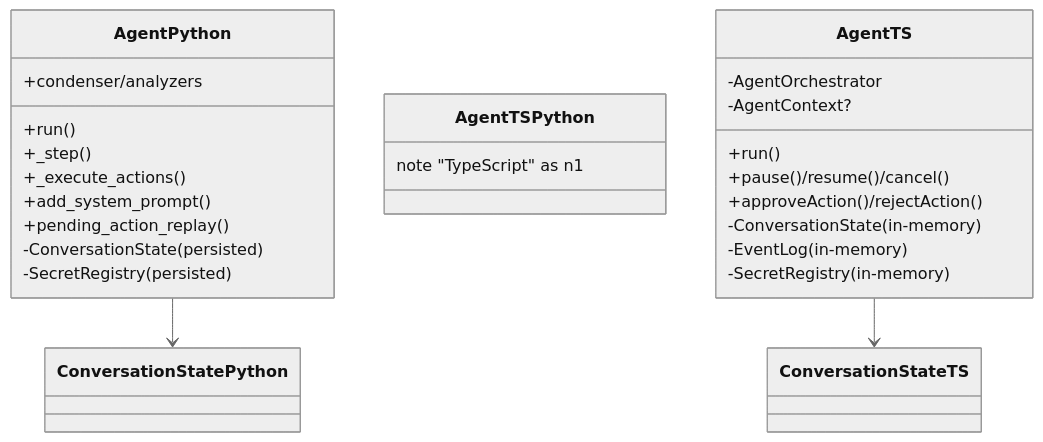
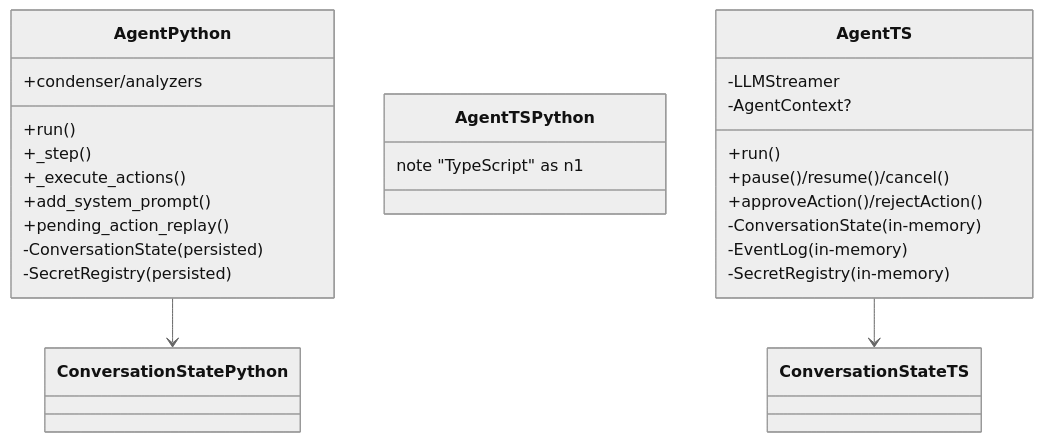
One commit to enyst/OpenHands-Tab changed the third of 5 diagrams in packages/agent-sdk-ts/docs/python-parity.md. Above: the diagram before and after it, drawn with Mermaid (neutral theme). The commit also changed other lines of this file and 4 other files, not shown here.

First line of the commit message:
docs: rename AgentOrchestrator to LLMStreamer in docs and comments

````diff
--- a/packages/agent-sdk-ts/docs/python-parity.md
+++ b/packages/agent-sdk-ts/docs/python-parity.md
@@ -425,28 +425,28 @@
 ```mermaid
 classDiagram
     class AgentPython {
       +run()
       +_step()
       +_execute_actions()
       +add_system_prompt()
       +condenser/analyzers
       +pending_action_replay()
       -ConversationState (persisted)
       -SecretRegistry (persisted)
     }
     class AgentTSPython {
       note "TypeScript" as n1
     }
     class AgentTS {
       +run()
       +pause()/resume()/cancel()
       +approveAction()/rejectAction()
-      -AgentOrchestrator
+      -LLMStreamer
       -ConversationState (in-memory)
       -EventLog (in-memory)
       -SecretRegistry (in-memory)
       -AgentContext?
     }
     AgentPython --> ConversationStatePython
     AgentTS --> ConversationStateTS
 ```
````
